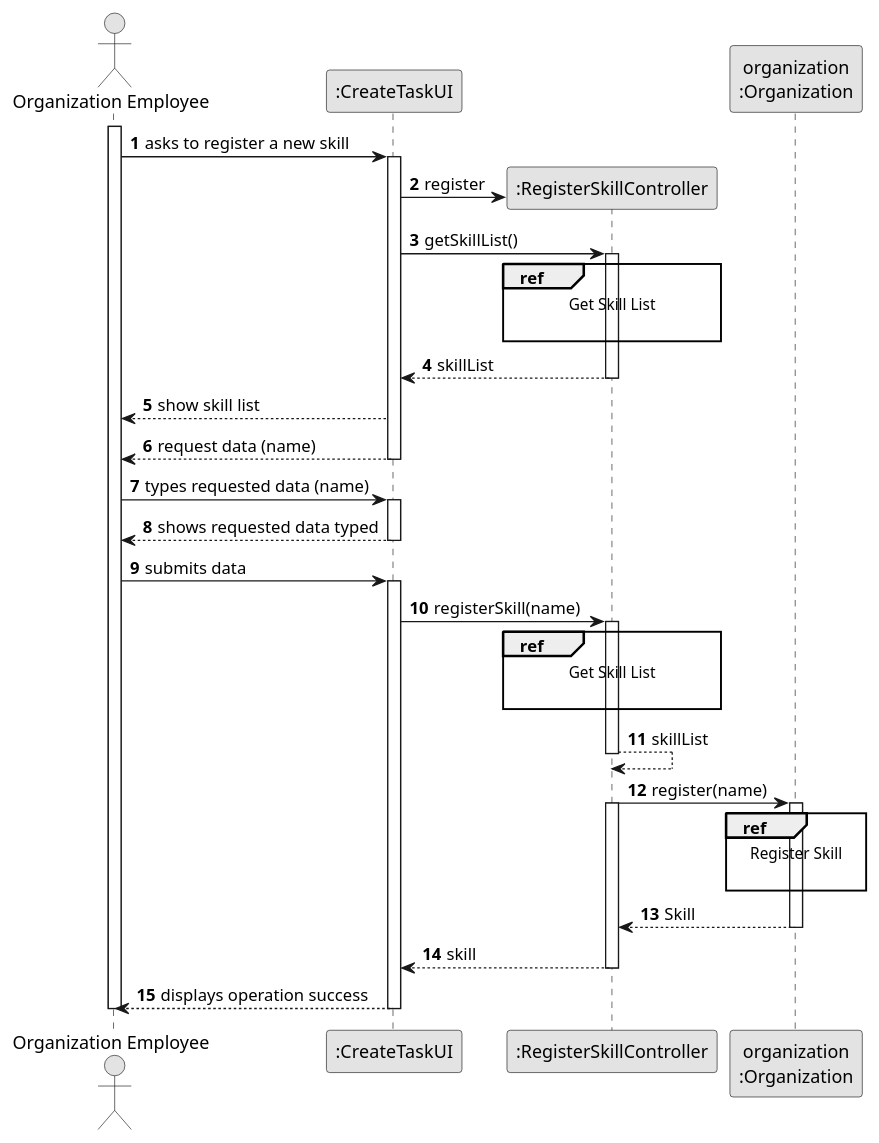
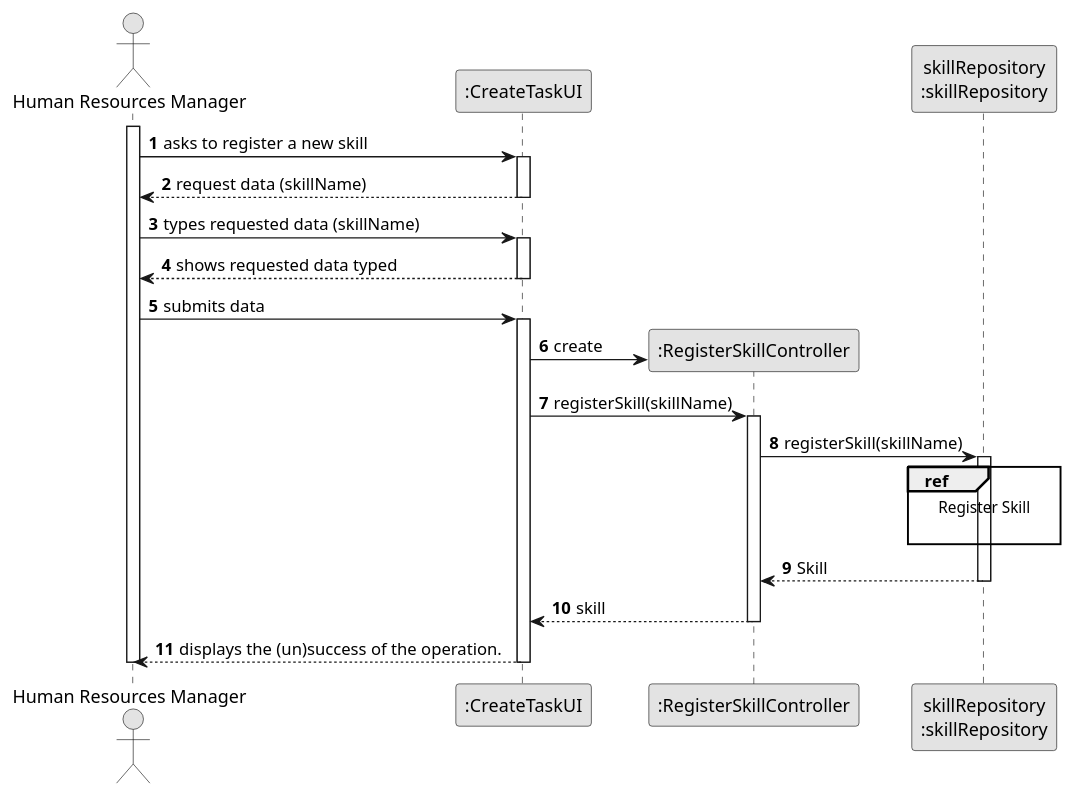
Before and after one commit to SAEmanuel/Green_Spaces_Management_ISEP: the diagram in docs/sprintB/us001/03.design/puml/us001-sequence-diagram-split.puml, drawn with PlantUML. The commit also changed 7 other files, not shown here.

```diff
--- a/docs/sprintB/us001/03.design/puml/us001-sequence-diagram-split.puml
+++ b/docs/sprintB/us001/03.design/puml/us001-sequence-diagram-split.puml
@@ -1,87 +1,64 @@
 @startuml
 skinparam monochrome true
 skinparam packageStyle rectangle
 skinparam shadowing false
 
 autonumber
 
 'hide footbox
-actor "Organization Employee" as ADM
+actor "Human Resources Manager" as ADM
 participant ":CreateTaskUI" as UI
 participant ":RegisterSkillController" as CTRL
-participant "organization\n:Organization" as ORG
+participant "skillRepository\n:skillRepository" as skillRepository
 
 activate ADM
 
     ADM -> UI : asks to register a new skill
 
     activate UI
 
-        UI -> CTRL** : register
-        UI -> CTRL : getSkillList()
-        ref over CTRL
-            Get Skill List
 
-        end ref
 
-        activate CTRL
-
-            CTRL --> UI : skillList
-        deactivate CTRL
-
-        UI --> ADM : show skill list
-        UI --> ADM : request data (name)
+        UI --> ADM : request data (skillName)
 
     deactivate UI
 
 
     deactivate UI
 
-    ADM -> UI : types requested data (name)
+    ADM -> UI : types requested data (skillName)
     activate UI
 
         UI --> ADM : shows requested data typed
     deactivate UI
 
     ADM -> UI : submits data
     activate UI
 
-        UI -> CTRL : registerSkill(name)
+        UI -> CTRL** : create
+        UI -> CTRL : registerSkill(skillName)
         activate CTRL
 
 
 
-                ref over CTRL
-                    Get Skill List
-
-                end ref
-
-                CTRL --> CTRL : skillList
-            deactivate CTRL
+            CTRL -> skillRepository: registerSkill(skillName)
 
 
-            deactivate CTRL
+            activate skillRepository
 
-
-            CTRL -> ORG: register(name)
-
-            activate CTRL
-
-            activate ORG
-
-                ref over ORG
+                ref over skillRepository
                     Register Skill
 
                 end
 
-                ORG --> CTRL : Skill
-            deactivate ORG
+                skillRepository --> CTRL : Skill
+            deactivate skillRepository
 
             CTRL --> UI: skill
             deactivate CTRL
-            UI --> ADM: displays operation success
+            UI --> ADM: displays the (un)success of the operation.
     deactivate UI
 
 deactivate ADM
 
 @enduml
```
